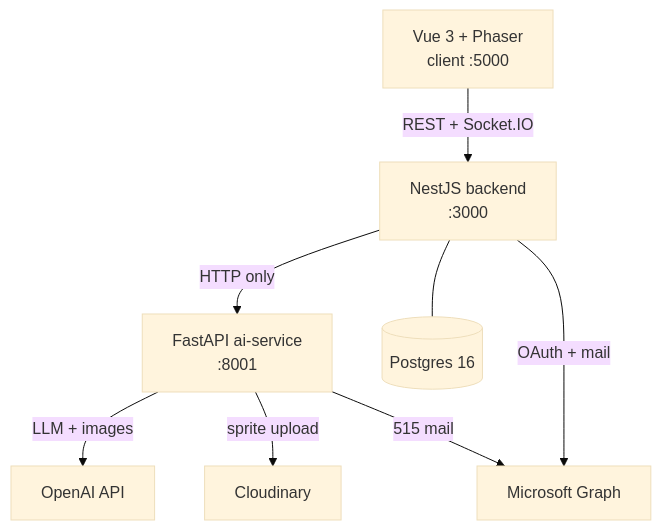
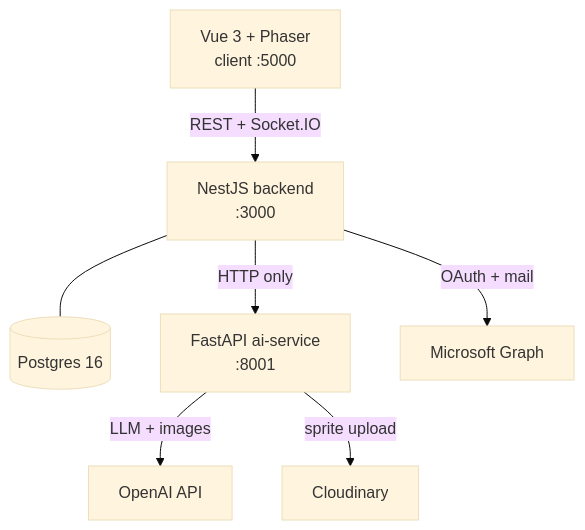
The first of 2 diagrams in docs/architecture.md (bobbykim89/POC-agentic-office), drawn with Mermaid (base theme) before and after one commit. The commit also changed other lines of this file and 1 other file, not shown here.

````diff
--- a/docs/architecture.md
+++ b/docs/architecture.md
@@ -18,18 +18,17 @@
 ```mermaid
 flowchart TB
     C["Vue 3 + Phaser<br/>client :5000"]
     B["NestJS backend<br/>:3000"]
     DB[("Postgres 16")]
     A["FastAPI ai-service<br/>:8001"]
     OAI["OpenAI API"]
     MS["Microsoft Graph"]
     CL["Cloudinary"]
 
     C -->|"REST + Socket.IO"| B
     B -->|"HTTP only"| A
     B --- DB
     B -->|"OAuth + mail"| MS
     A -->|"LLM + images"| OAI
     A -->|"sprite upload"| CL
-    A -->|"515 mail"| MS
 ```
````
